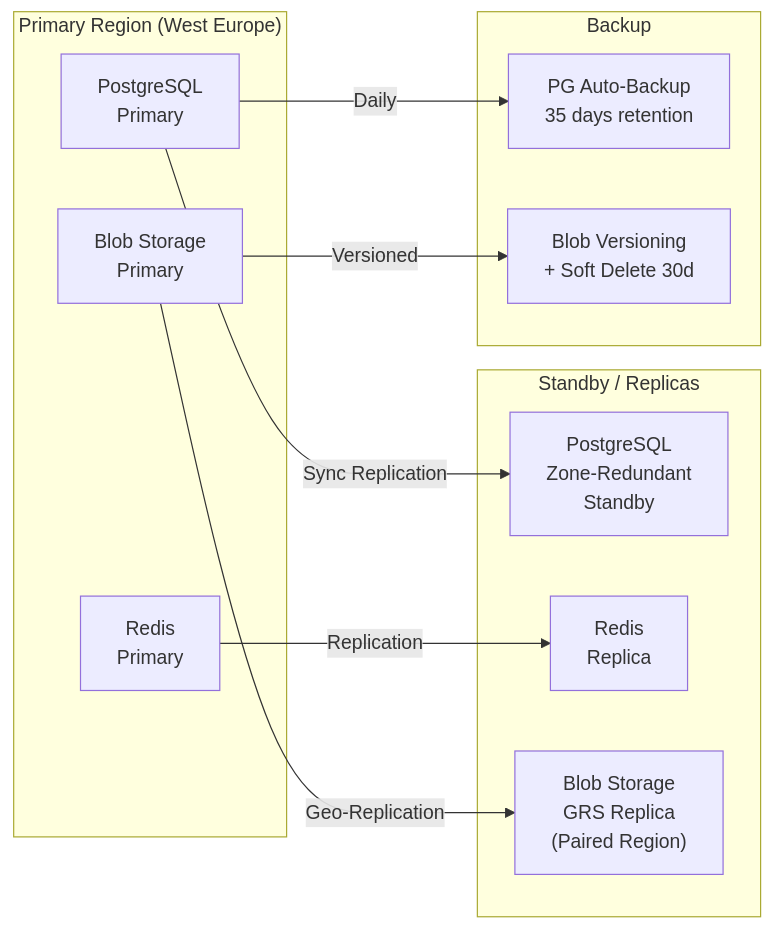
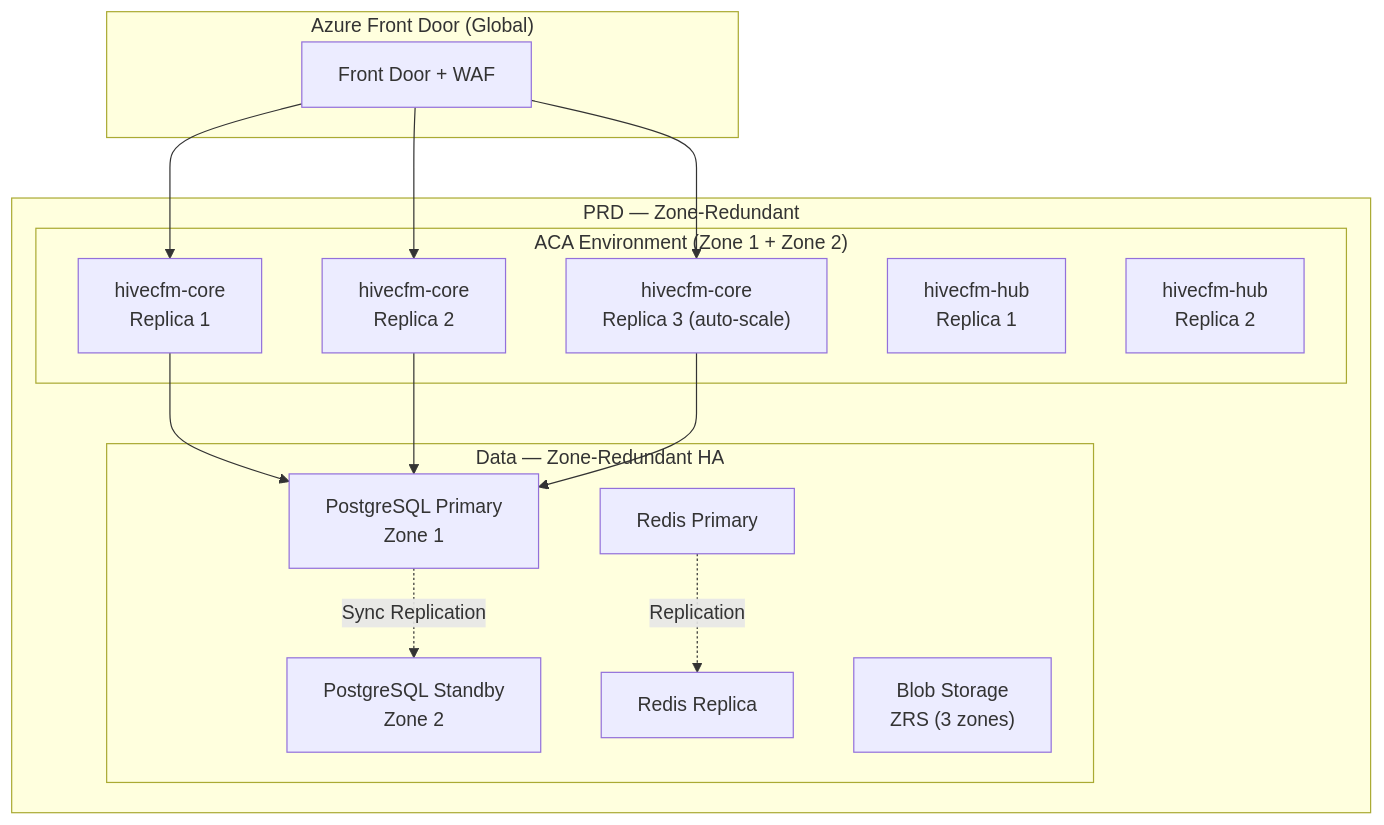
Before and after one commit to amrhym/formbricks: the second of 2 diagrams in docs/azure-environment-setup.md, drawn with Mermaid. The commit also changed other lines of this file, not shown here.

First line of the commit message:
docs: complete Azure NPRD + PRD deployment plan with ACA, Front Door, HA

````diff
--- a/docs/azure-environment-setup.md
+++ b/docs/azure-environment-setup.md
@@ -612,25 +213,29 @@
 ```mermaid
-graph LR
-    subgraph "Primary Region (West Europe)"
-        PG1["PostgreSQL<br/>Primary"]
-        REDIS1["Redis<br/>Primary"]
-        BLOB1["Blob Storage<br/>Primary"]
+graph TB
+    subgraph "Azure Front Door (Global)"
+        AFD["Front Door + WAF"]
     end
 
-    subgraph "Standby / Replicas"
-        PG2["PostgreSQL<br/>Zone-Redundant<br/>Standby"]
-        REDIS2["Redis<br/>Replica"]
-        BLOB2["Blob Storage<br/>GRS Replica<br/>(Paired Region)"]
+    subgraph "PRD — Zone-Redundant"
+        subgraph "ACA Environment (Zone 1 + Zone 2)"
+            CORE1["hivecfm-core<br/>Replica 1"]
+            CORE2["hivecfm-core<br/>Replica 2"]
+            CORE3["hivecfm-core<br/>Replica 3 (auto-scale)"]
+            HUB1["hivecfm-hub<br/>Replica 1"]
+            HUB2["hivecfm-hub<br/>Replica 2"]
+        end
+
+        subgraph "Data — Zone-Redundant HA"
+            PG_PRIMARY["PostgreSQL Primary<br/>Zone 1"]
+            PG_STANDBY["PostgreSQL Standby<br/>Zone 2"]
+            REDIS_PRIMARY["Redis Primary"]
+            REDIS_REPLICA["Redis Replica"]
+            BLOB["Blob Storage<br/>ZRS (3 zones)"]
+        end
     end
 
-    subgraph "Backup"
-        PGBAK["PG Auto-Backup<br/>35 days retention"]
-        BLOBBAK["Blob Versioning<br/>+ Soft Delete 30d"]
-    end
-
-    PG1 -->|Sync Replication| PG2
-    REDIS1 -->|Replication| REDIS2
-    BLOB1 -->|Geo-Replication| BLOB2
-    PG1 -->|Daily| PGBAK
-    BLOB1 -->|Versioned| BLOBBAK
+    AFD --> CORE1 & CORE2 & CORE3
+    CORE1 & CORE2 & CORE3 --> PG_PRIMARY
+    PG_PRIMARY -.->|"Sync Replication"| PG_STANDBY
+    REDIS_PRIMARY -.->|"Replication"| REDIS_REPLICA
 ```
````
